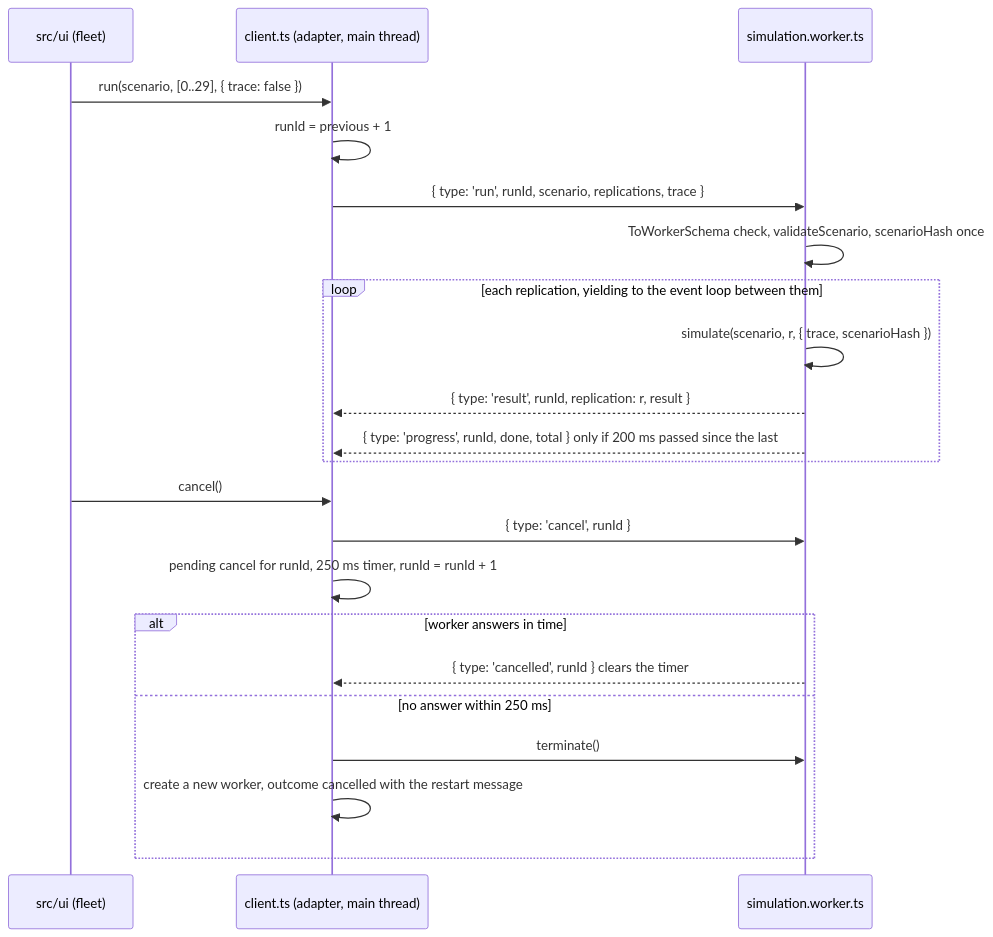
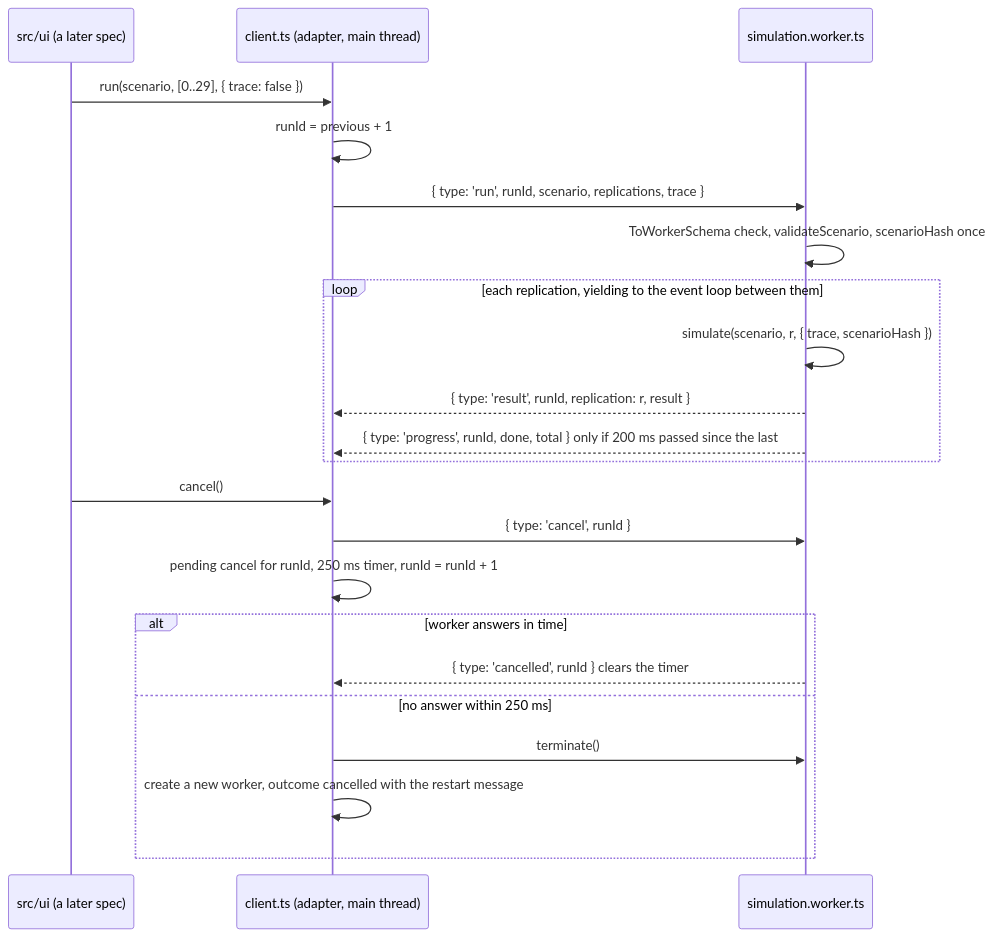
The second of 2 diagrams in .kiro/specs/simulation-contract/design.md (Midknight56/rehearsal), drawn with Mermaid before and after one commit. The commit also changed other lines of this file and 7 other files, not shown here.

````diff
--- a/.kiro/specs/simulation-contract/design.md
+++ b/.kiro/specs/simulation-contract/design.md
@@ -31,24 +31,24 @@
 ```mermaid
 sequenceDiagram
-  participant UI as src/ui (fleet)
+  participant UI as src/ui (a later spec)
   participant C as client.ts (adapter, main thread)
   participant W as simulation.worker.ts
   UI->>C: run(scenario, [0..29], { trace: false })
   C->>C: runId = previous + 1
   C->>W: { type: 'run', runId, scenario, replications, trace }
   W->>W: ToWorkerSchema check, validateScenario, scenarioHash once
   loop each replication, yielding to the event loop between them
     W->>W: simulate(scenario, r, { trace, scenarioHash })
     W-->>C: { type: 'result', runId, replication: r, result }
     W-->>C: { type: 'progress', runId, done, total } only if 200 ms passed since the last
   end
   UI->>C: cancel()
   C->>W: { type: 'cancel', runId }
   C->>C: pending cancel for runId, 250 ms timer, runId = runId + 1
   alt worker answers in time
     W-->>C: { type: 'cancelled', runId } clears the timer
   else no answer within 250 ms
     C->>W: terminate()
     C->>C: create a new worker, outcome cancelled with the restart message
   end
 ```
````
